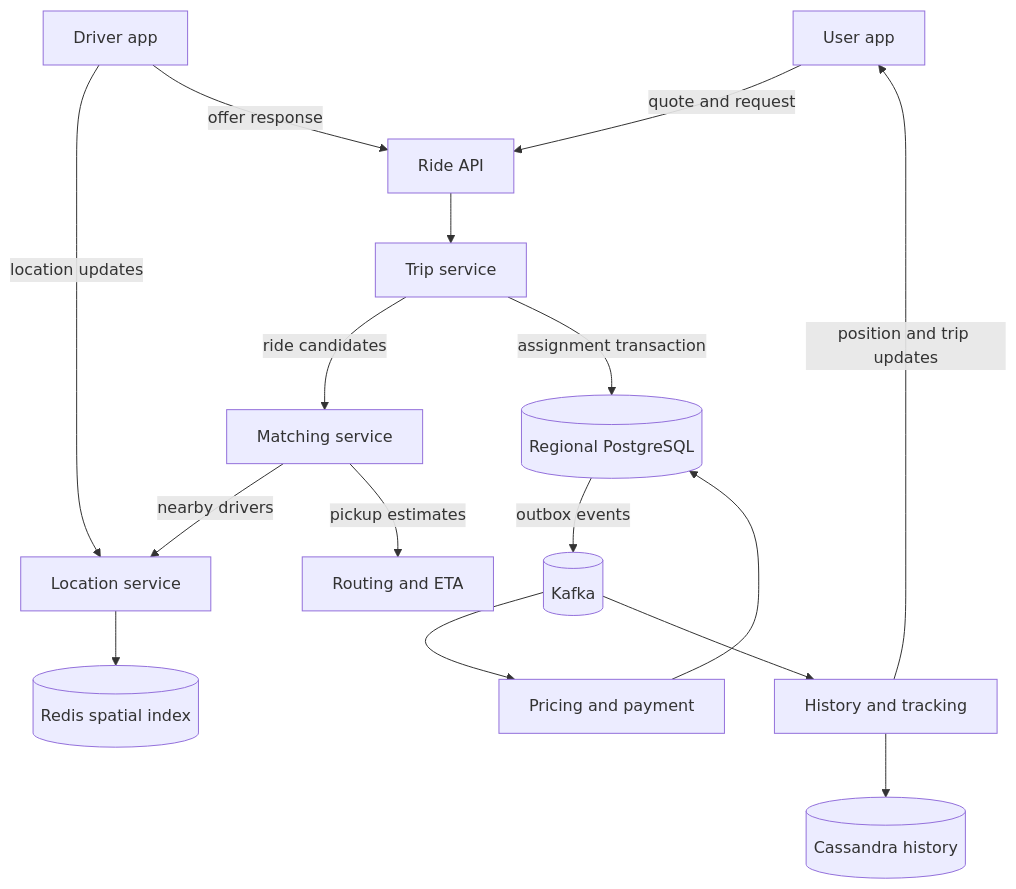
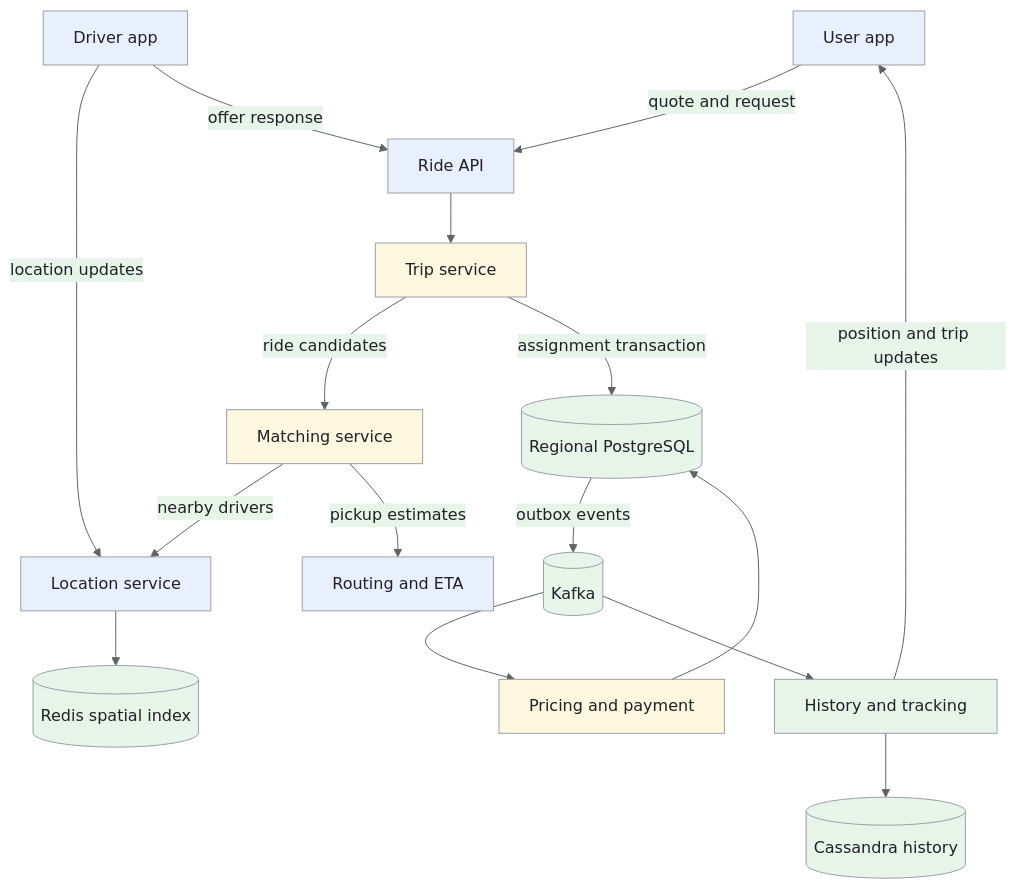
The first of 4 diagrams in _designs/system-design-uber.md (iliazlobin/iliazlobin.github.io), drawn with Mermaid before and after one commit. The commit also changed other lines of this file and 25 other files, not shown here.

Commit message:
docs: explain Batch B design flows and tradeoffs

````diff
--- a/_designs/system-design-uber.md
+++ b/_designs/system-design-uber.md
@@ -151,18 +164,26 @@
 ```mermaid
+%%{init: {'theme':'base','themeVariables':{'primaryColor':'#e8f0fe','primaryTextColor':'#202124','primaryBorderColor':'#9aa0a6','lineColor':'#5f6368','secondaryColor':'#e6f4ea','tertiaryColor':'#fef7e0','actorBkg':'#e8f0fe','actorBorder':'#9aa0a6','actorTextColor':'#202124','noteBkgColor':'#fef7e0','noteTextColor':'#202124','noteBorderColor':'#9aa0a6','signalColor':'#5f6368','signalTextColor':'#202124','labelBoxBkgColor':'#fef7e0','labelBoxBorderColor':'#9aa0a6'}}}%%
 flowchart TB
   U[User app] -->|quote and request| API[Ride API]
   D[Driver app] -->|location updates| L[Location service]
   D -->|offer response| API
   API --> T[Trip service]
   T -->|ride candidates| M[Matching service]
   M -->|nearby drivers| L
   L --> R[(Redis spatial index)]
   M -->|pickup estimates| E[Routing and ETA]
   T -->|assignment transaction| DB[(Regional PostgreSQL)]
   DB -->|outbox events| K[(Kafka)]
   K --> P[Pricing and payment]
   K --> H[History and tracking]
   H -->|position and trip updates| U
   H --> C[(Cassandra history)]
   P --> DB
+classDef request fill:#e8f0fe,stroke:#9aa0a6,color:#202124;
+classDef data fill:#e6f4ea,stroke:#9aa0a6,color:#202124;
+classDef control fill:#fef7e0,stroke:#9aa0a6,color:#202124;
+class U,API,D,L,E request;
+class R,DB,K,H,C data;
+class T,M,P control;
+
 ```
````
